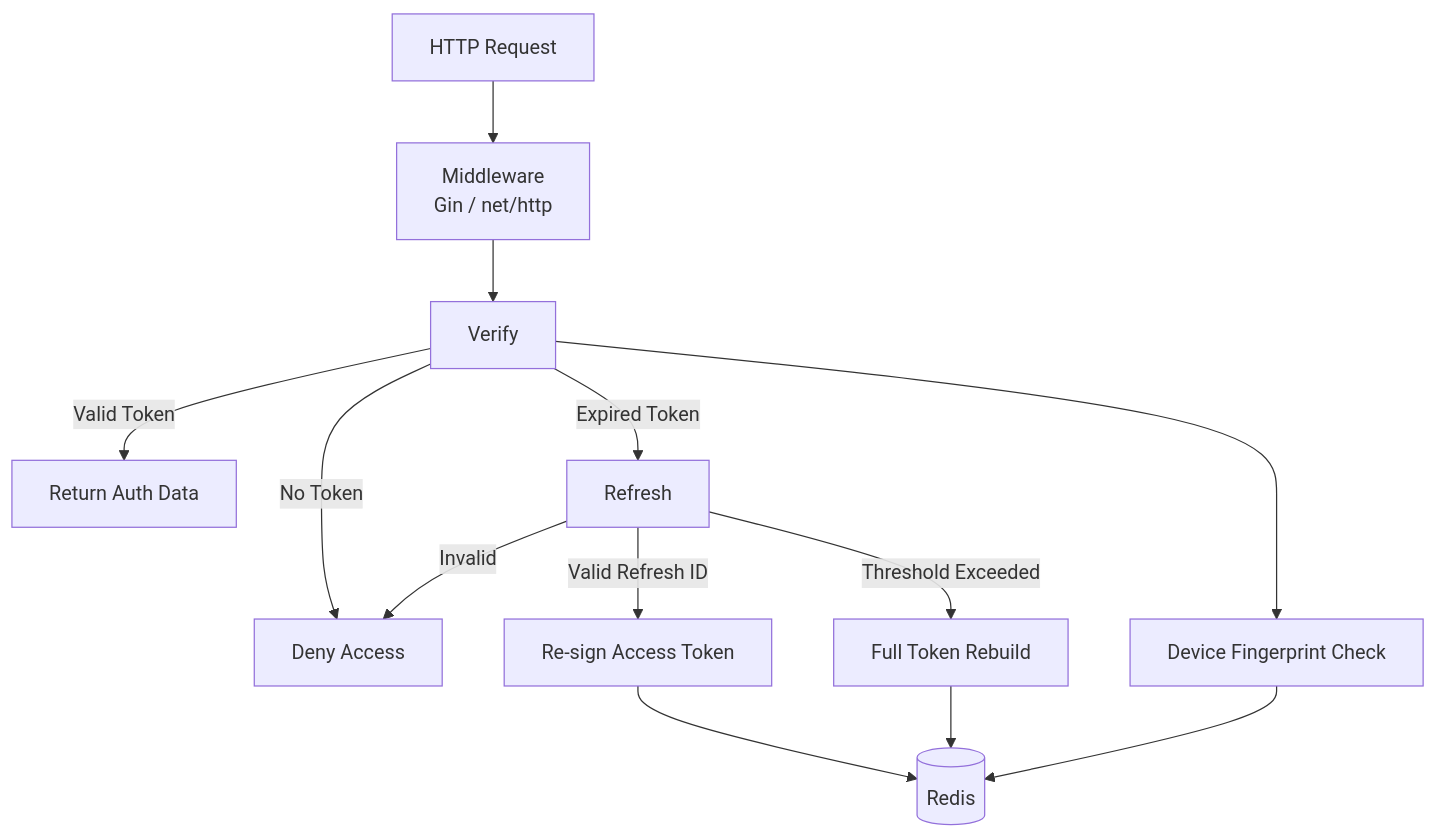
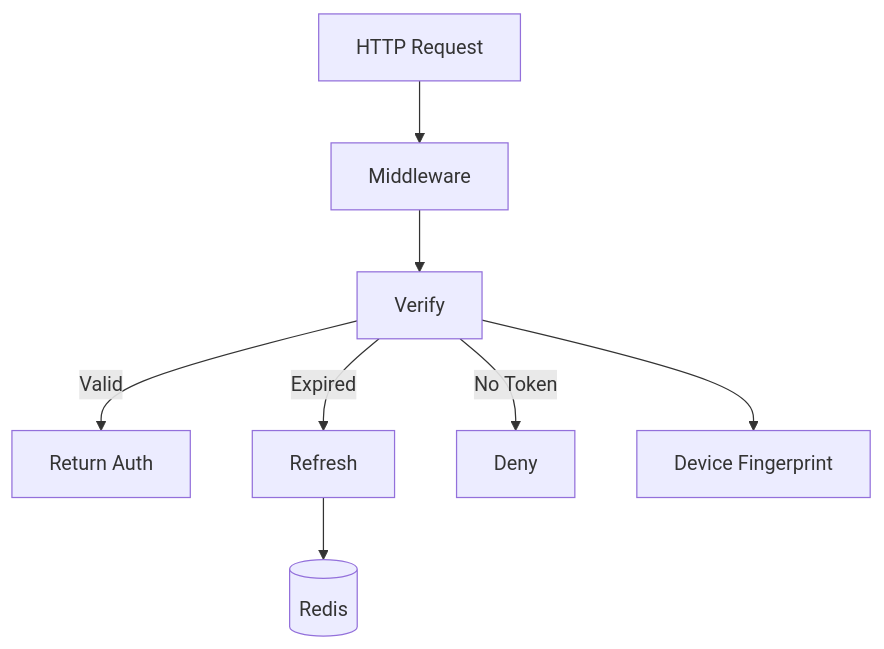
The diagram in README.md (pardnchiu/go-jwt), drawn with Mermaid before and after one commit. The commit also changed other lines of this file and 22 other files, not shown here.

````diff
--- a/README.md
+++ b/README.md
@@ -42,15 +46,10 @@
 ```mermaid
 graph TB
-    REQ[HTTP Request] --> MW[Middleware<br/>Gin / net/http]
+    REQ[HTTP Request] --> MW[Middleware]
     MW --> V[Verify]
-    V -->|Valid Token| AUTH[Return Auth Data]
-    V -->|Expired Token| RF[Refresh]
-    V -->|No Token| DENY[Deny Access]
-    RF -->|Valid Refresh ID| SIGN[Re-sign Access Token]
-    RF -->|Threshold Exceeded| CREATE[Full Token Rebuild]
-    RF -->|Invalid| DENY
-    SIGN --> REDIS[(Redis)]
-    CREATE --> REDIS
-    V --> FP[Device Fingerprint Check]
-    FP --> REDIS
+    V -->|Valid| AUTH[Return Auth]
+    V -->|Expired| RF[Refresh]
+    V -->|No Token| DENY[Deny]
+    RF --> REDIS[(Redis)]
+    V --> FP[Device Fingerprint]
 ```
````
